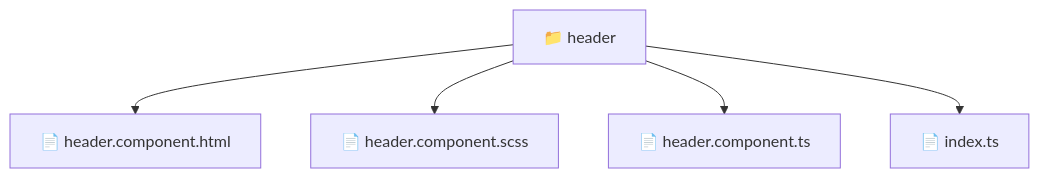
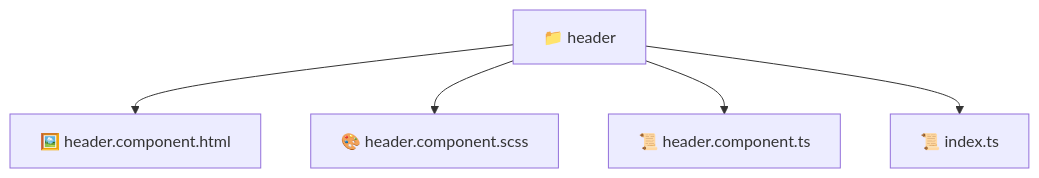
One commit to beginwebdev2002/fullstack-mavluda changed the diagram in frontend/src/widgets/header/README.md. Above: the diagram before and after it, drawn with Mermaid. The commit also changed other lines of this file and 163 other files, not shown here.

````diff
--- a/frontend/src/widgets/header/README.md
+++ b/frontend/src/widgets/header/README.md
@@ -11,8 +11,8 @@
 ```mermaid
 graph TD
-  Root["📁 header"]
-  Root --> header_component_html["📄 header.component.html"]
-  Root --> header_component_scss["📄 header.component.scss"]
-  Root --> header_component_ts["📄 header.component.ts"]
-  Root --> index_ts["📄 index.ts"]
+  header["📁 header"]
+  header --> header_component_html["🖼️ header.component.html"]
+  header --> header_component_scss["🎨 header.component.scss"]
+  header --> header_component_ts["📜 header.component.ts"]
+  header --> index_ts["📜 index.ts"]
 ```
````
